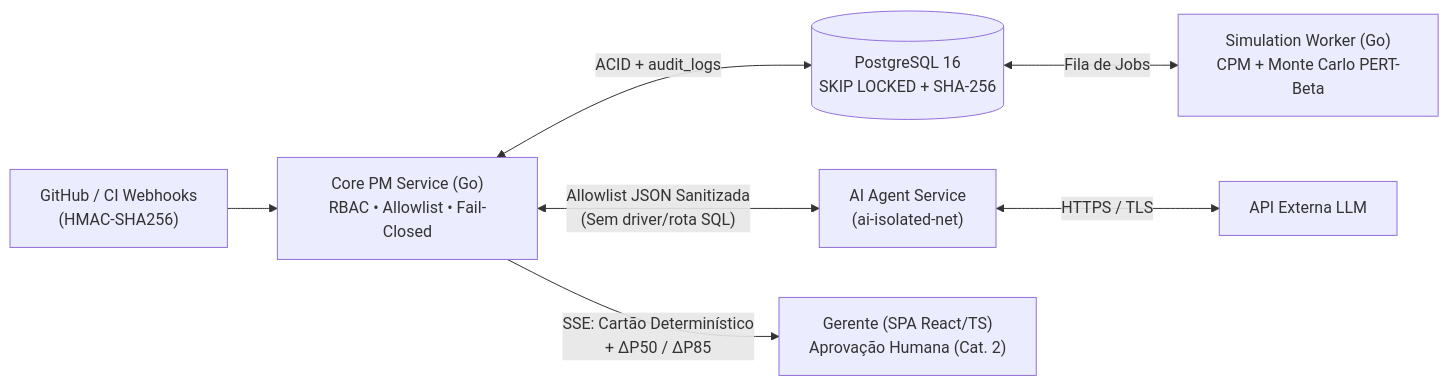
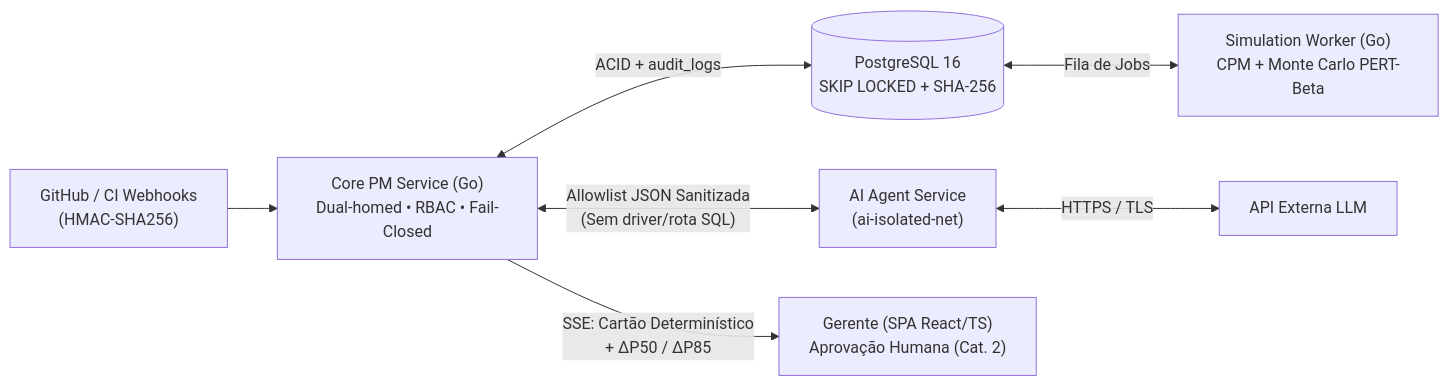
The diagram in README.md (carlinn1/TCC-01), drawn with Mermaid before and after one commit. The commit also changed other lines of this file and 10 other files, not shown here.

````diff
--- a/README.md
+++ b/README.md
@@ -50,9 +50,9 @@
 ```mermaid
 flowchart LR
-    GH["GitHub / CI Webhooks<br/>(HMAC-SHA256)"] --> Core["Core PM Service (Go)<br/>RBAC • Allowlist • Fail-Closed"]
+    GH["GitHub / CI Webhooks<br/>(HMAC-SHA256)"] --> Core["Core PM Service (Go)<br/>Dual-homed • RBAC • Fail-Closed"]
     Core <-->|"ACID + audit_logs"| PG[("PostgreSQL 16<br/>SKIP LOCKED + SHA-256")]
     PG <-->|"Fila de Jobs"| Worker["Simulation Worker (Go)<br/>CPM + Monte Carlo PERT-Beta"]
     Core <-->|"Allowlist JSON Sanitizada<br/>(Sem driver/rota SQL)"| AI["AI Agent Service<br/>(ai-isolated-net)"]
     AI <-->|"HTTPS / TLS"| LLM["API Externa LLM"]
     Core -->|"SSE: Cartão Determinístico<br/>+ ΔP50 / ΔP85"| UI["Gerente (SPA React/TS)<br/>Aprovação Humana (Cat. 2)"]
 ```
````
